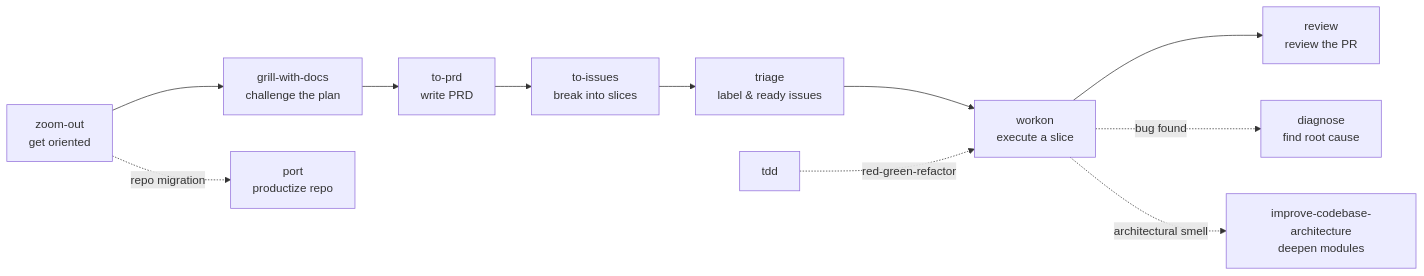
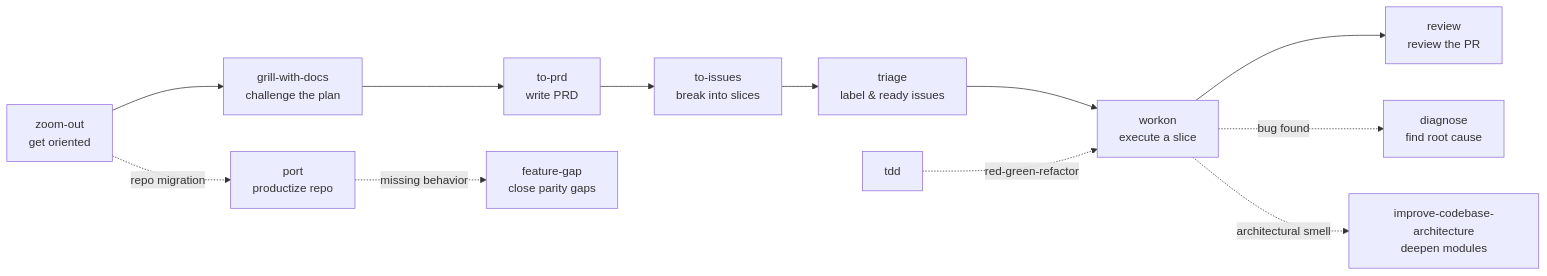
The diagram in skills/engineering/README.md (smeltery/skills), drawn with Mermaid before and after one commit. The commit also changed other lines of this file and 4 other files, not shown here.

Commit message:
feat: add feature gap skill

````diff
--- a/skills/engineering/README.md
+++ b/skills/engineering/README.md
@@ -29,13 +30,14 @@
 ```mermaid
 flowchart LR
   ZO[zoom-out<br/>get oriented] --> GWD[grill-with-docs<br/>challenge the plan]
   GWD --> PRD[to-prd<br/>write PRD]
   PRD --> TI[to-issues<br/>break into slices]
   TI --> TRI[triage<br/>label & ready issues]
   TRI --> WO[workon<br/>execute a slice]
   WO --> RV[review<br/>review the PR]
   ZO -.repo migration.-> PORT[port<br/>productize repo]
+  PORT -.missing behavior.-> FG[feature-gap<br/>close parity gaps]
   WO -.bug found.-> DIAG[diagnose<br/>find root cause]
   WO -.architectural smell.-> ARCH[improve-codebase-architecture<br/>deepen modules]
   TDD[tdd] -.red-green-refactor.-> WO
 ```
````
